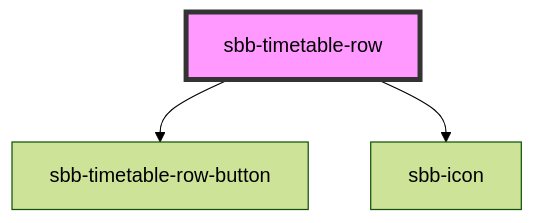
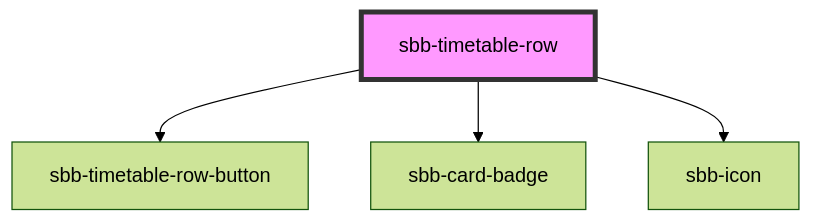
Before and after one commit to sbb-design-systems/lyne-components: the diagram in src/components/sbb-timetable-row/readme.md, drawn with Mermaid (forest theme). The commit also changed other lines of this file and 9 other files, not shown here.

````diff
--- a/src/components/sbb-timetable-row/readme.md
+++ b/src/components/sbb-timetable-row/readme.md
@@ -45,6 +46,7 @@
 ```mermaid
 graph TD;
   sbb-timetable-row --> sbb-timetable-row-button
+  sbb-timetable-row --> sbb-card-badge
   sbb-timetable-row --> sbb-icon
   style sbb-timetable-row fill:#f9f,stroke:#333,stroke-width:4px
 ```
````
